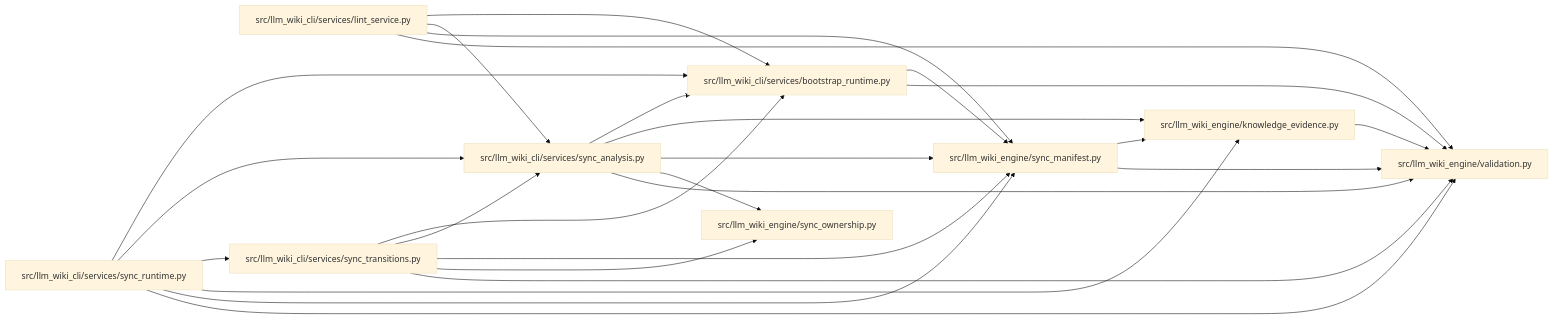
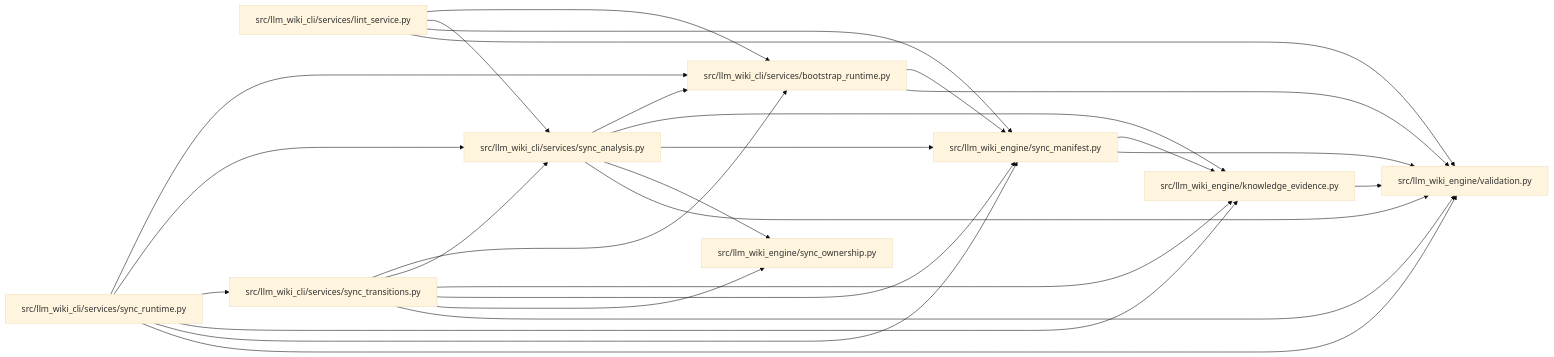
One commit to Denissvgn/python-wiki-llm changed the diagram in docs/llm_wiki/modules/sync_analysis.md. Above: the diagram before and after it, drawn with Mermaid (base theme). The commit also changed 699 other files, not shown here.

````diff
--- a/docs/llm_wiki/modules/sync_analysis.md
+++ b/docs/llm_wiki/modules/sync_analysis.md
@@ -27,46 +27,47 @@
 ```mermaid
 flowchart LR
     n0["src/llm_wiki_cli/services/bootstrap_runtime.py"]
     n1["src/llm_wiki_cli/services/lint_service.py"]
     n2["src/llm_wiki_cli/services/sync_analysis.py"]
     n3["src/llm_wiki_cli/services/sync_runtime.py"]
     n4["src/llm_wiki_cli/services/sync_transitions.py"]
     n5["src/llm_wiki_engine/knowledge_evidence.py"]
     n6["src/llm_wiki_engine/sync_manifest.py"]
     n7["src/llm_wiki_engine/sync_ownership.py"]
     n8["src/llm_wiki_engine/validation.py"]
     n0 --> n6
     n0 --> n8
     n1 --> n0
     n1 --> n2
     n1 --> n6
     n1 --> n8
     n2 --> n0
     n2 --> n5
     n2 --> n6
     n2 --> n7
     n2 --> n8
     n3 --> n0
     n3 --> n2
     n3 --> n4
     n3 --> n5
     n3 --> n6
     n3 --> n8
     n4 --> n0
     n4 --> n2
+    n4 --> n5
     n4 --> n6
     n4 --> n7
     n4 --> n8
     n5 --> n8
     n6 --> n5
     n6 --> n8
     click n0 "../modules/bootstrap_runtime.md"
     click n1 "../modules/lint_service.md"
     click n2 "../modules/sync_analysis.md"
     click n3 "../modules/sync_runtime.md"
     click n4 "../modules/sync_transitions.md"
     click n5 "../modules/knowledge_evidence.md"
     click n6 "../modules/sync_manifest.md"
     click n7 "../modules/sync_ownership.md"
     click n8 "../modules/validation.md"
 ```
````
